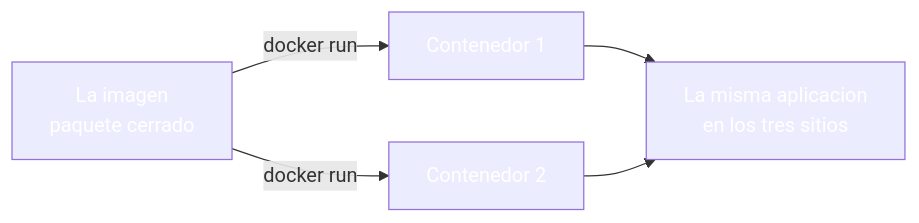
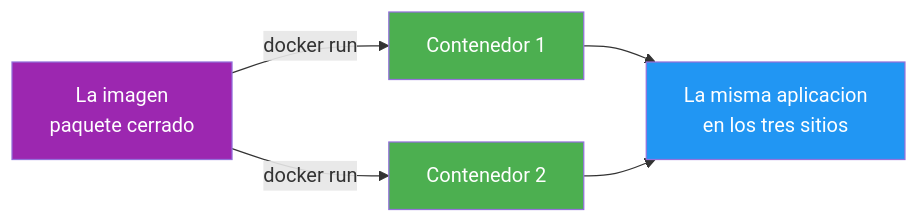
The second of 6 diagrams in 25-docker-despliegue.md (joseluisgs/DesarrolloWebEntornosServidor-03-2026-2027), drawn with Mermaid before and after one commit. The commit also changed other lines of this file and 25 other files, not shown here.

Commit message:
docs: corregir los estilos Mermaid de los temas y alinear el dominio del tema 25 con ProductosApp

````diff
--- a/25-docker-despliegue.md
+++ b/25-docker-despliegue.md
@@ -95,11 +95,11 @@
 ```mermaid
 graph LR
     I["La imagen<br/>paquete cerrado"] -->|"docker run"| C1["Contenedor 1"]
     I -->|"docker run"| C2["Contenedor 2"]
     C1 --> V["La misma aplicacion<br/>en los tres sitios"]
     C2 --> V
-    style I fill:#9C27B,color:#fff0,color:#fff
-    style C1 fill:#4CAF5,color:#fff0,color:#fff
-    style C2 fill:#4CAF5,color:#fff0,color:#fff
-    style V fill:#2196F,color:#fff3,color:#fff
+    style I fill:#9C27B0,color:#fff
+    style C1 fill:#4CAF50,color:#fff
+    style C2 fill:#4CAF50,color:#fff
+    style V fill:#2196F3,color:#fff
 ```
````
